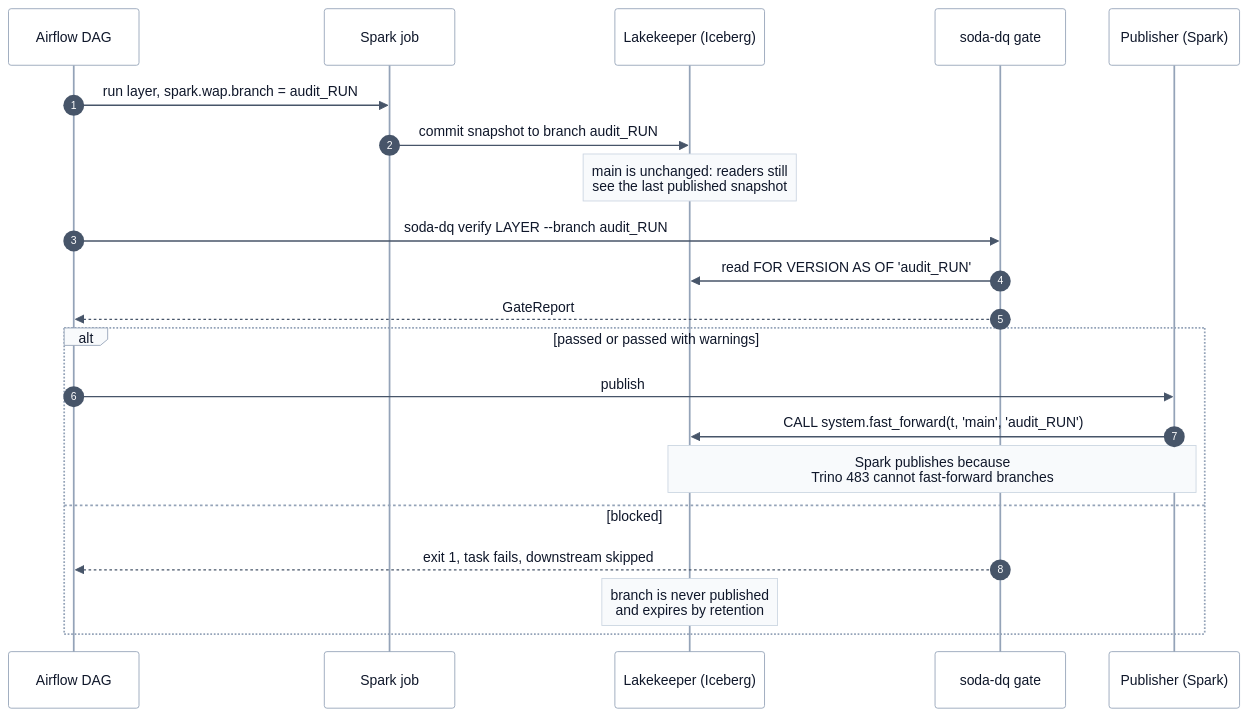
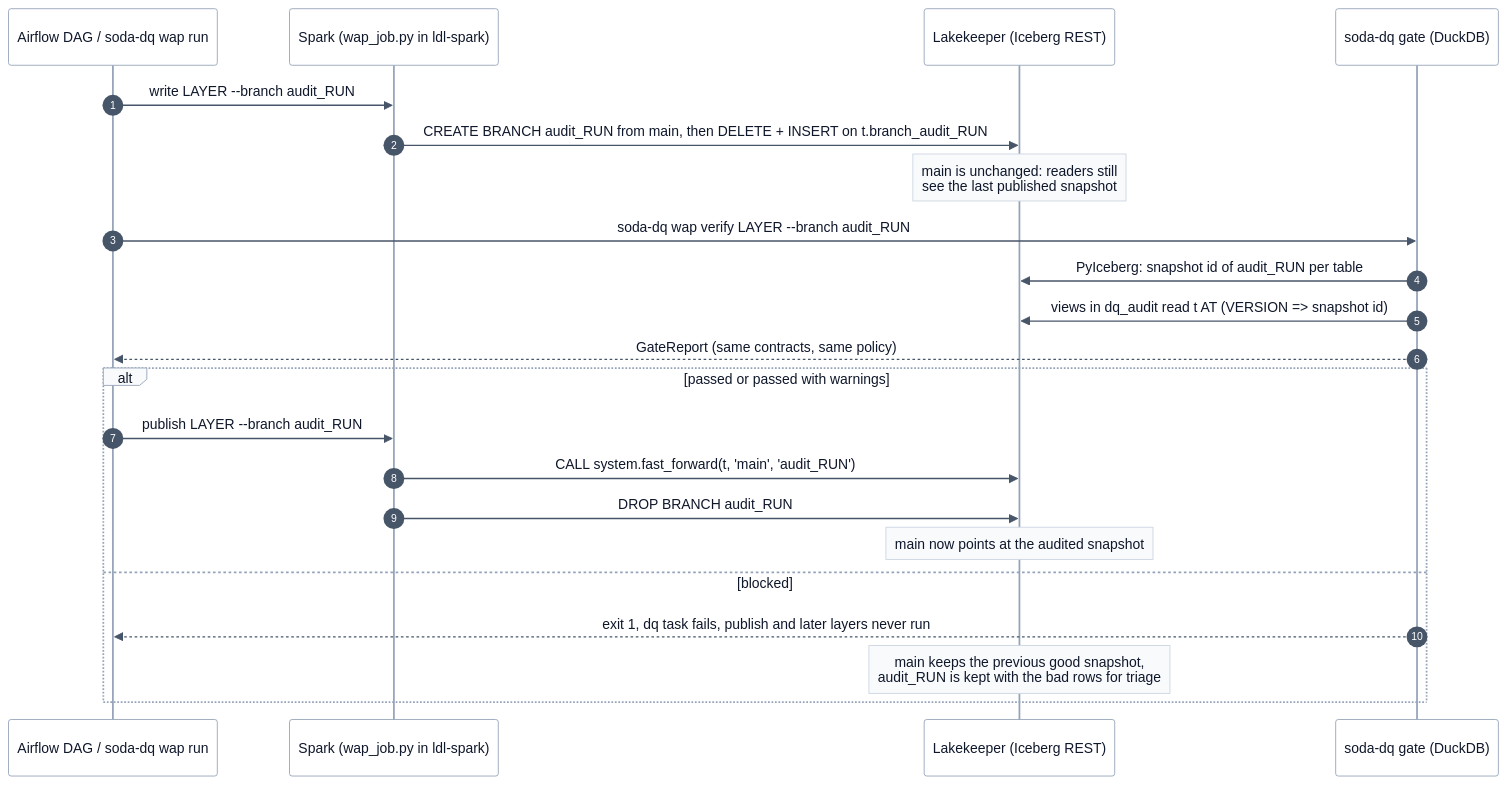
One commit to santoshshinde2012/lakehouse-quality-gates changed the diagram in docs/architecture/write-audit-publish.md. Above: the diagram before and after it, drawn with Mermaid. The commit also changed other lines of this file and 50 other files, not shown here.

Commit message:
feat: write-audit-publish with Iceberg branches (ADR 0006), live proof, overhead benchmark

````diff
--- a/docs/architecture/write-audit-publish.md
+++ b/docs/architecture/write-audit-publish.md
@@ -14,28 +15,29 @@
 ```mermaid
 %%{init: {'theme':'base','themeVariables':{'fontFamily':'Inter, system-ui, -apple-system, Segoe UI, Helvetica, Arial, sans-serif','fontSize':'14px','primaryColor':'#ffffff','primaryTextColor':'#0f172a','primaryBorderColor':'#94a3b8','secondaryColor':'#f8fafc','tertiaryColor':'#f8fafc','lineColor':'#64748b','textColor':'#0f172a','clusterBkg':'#f8fafc','clusterBorder':'#cbd5e1','titleColor':'#334155','edgeLabelBackground':'#ffffff','noteBkgColor':'#f8fafc','noteTextColor':'#0f172a','noteBorderColor':'#cbd5e1','actorBkg':'#ffffff','actorBorder':'#94a3b8','actorTextColor':'#0f172a','actorLineColor':'#94a3b8','signalColor':'#475569','signalTextColor':'#0f172a','labelBoxBkgColor':'#f8fafc','labelBoxBorderColor':'#94a3b8','labelTextColor':'#0f172a','loopTextColor':'#0f172a','activationBkgColor':'#eef2ff','activationBorderColor':'#4f46e5','sequenceNumberColor':'#ffffff','classText':'#0f172a','xyChart':{'backgroundColor':'#ffffff','plotColorPalette':'#4f46e5, #d97706, #0d9488','titleColor':'#0f172a','xAxisLabelColor':'#334155','yAxisLabelColor':'#334155','xAxisLineColor':'#94a3b8','yAxisLineColor':'#94a3b8'}}}}%%
-%% Title: Write-audit-publish (proposed)
-%% Purpose: How Iceberg branches would hide a layer until its gate passes
-%% Last updated: 2026-10-13
+%% Title: Write-audit-publish
+%% Purpose: How each layer stays on an Iceberg audit branch until its gate passes
+%% Last updated: 2026-10-14
 %% Theme: docs/diagrams/THEME.md (shared init line above). Edit here, then run: make diagrams
 sequenceDiagram
   autonumber
-  participant AF as Airflow DAG
-  participant SP as Spark job
-  participant LK as Lakekeeper (Iceberg)
-  participant DQ as soda-dq gate
-  participant PB as Publisher (Spark)
-  AF->>SP: run layer, spark.wap.branch = audit_RUN
-  SP->>LK: commit snapshot to branch audit_RUN
+  participant AF as Airflow DAG / soda-dq wap run
+  participant SP as Spark (wap_job.py in ldl-spark)
+  participant LK as Lakekeeper (Iceberg REST)
+  participant DQ as soda-dq gate (DuckDB)
+  AF->>SP: write LAYER --branch audit_RUN
+  SP->>LK: CREATE BRANCH audit_RUN from main, then DELETE + INSERT on t.branch_audit_RUN
   Note over LK: main is unchanged: readers still<br/>see the last published snapshot
-  AF->>DQ: soda-dq verify LAYER --branch audit_RUN
-  DQ->>LK: read FOR VERSION AS OF 'audit_RUN'
-  DQ-->>AF: GateReport
+  AF->>DQ: soda-dq wap verify LAYER --branch audit_RUN
+  DQ->>LK: PyIceberg: snapshot id of audit_RUN per table
+  DQ->>LK: views in dq_audit read t AT (VERSION => snapshot id)
+  DQ-->>AF: GateReport (same contracts, same policy)
   alt passed or passed with warnings
-    AF->>PB: publish
-    PB->>LK: CALL system.fast_forward(t, 'main', 'audit_RUN')
-    Note over PB,LK: Spark publishes because<br/>Trino 483 cannot fast-forward branches
+    AF->>SP: publish LAYER --branch audit_RUN
+    SP->>LK: CALL system.fast_forward(t, 'main', 'audit_RUN')
+    SP->>LK: DROP BRANCH audit_RUN
+    Note over LK: main now points at the audited snapshot
   else blocked
-    DQ-->>AF: exit 1, task fails, downstream skipped
-    Note over LK: branch is never published<br/>and expires by retention
+    DQ-->>AF: exit 1, dq task fails, publish and later layers never run
+    Note over LK: main keeps the previous good snapshot,<br/>audit_RUN is kept with the bad rows for triage
   end
 ```
````
